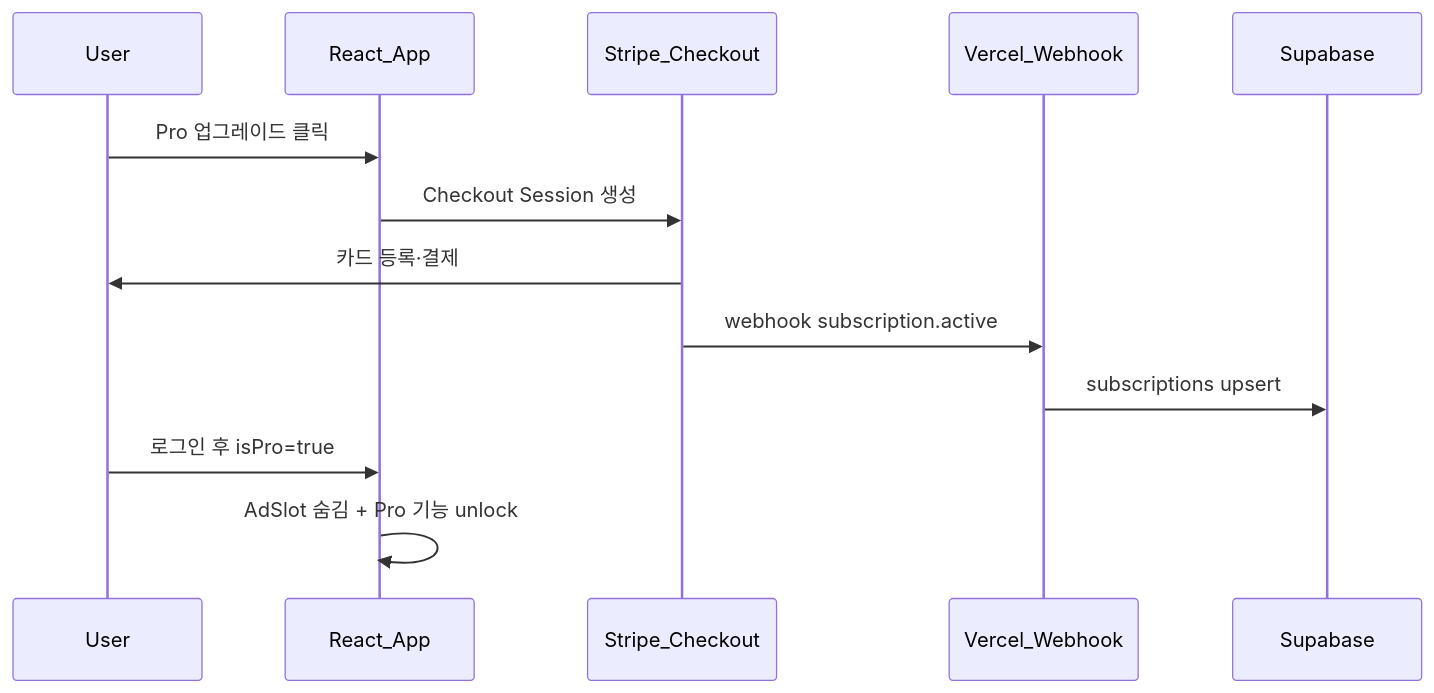
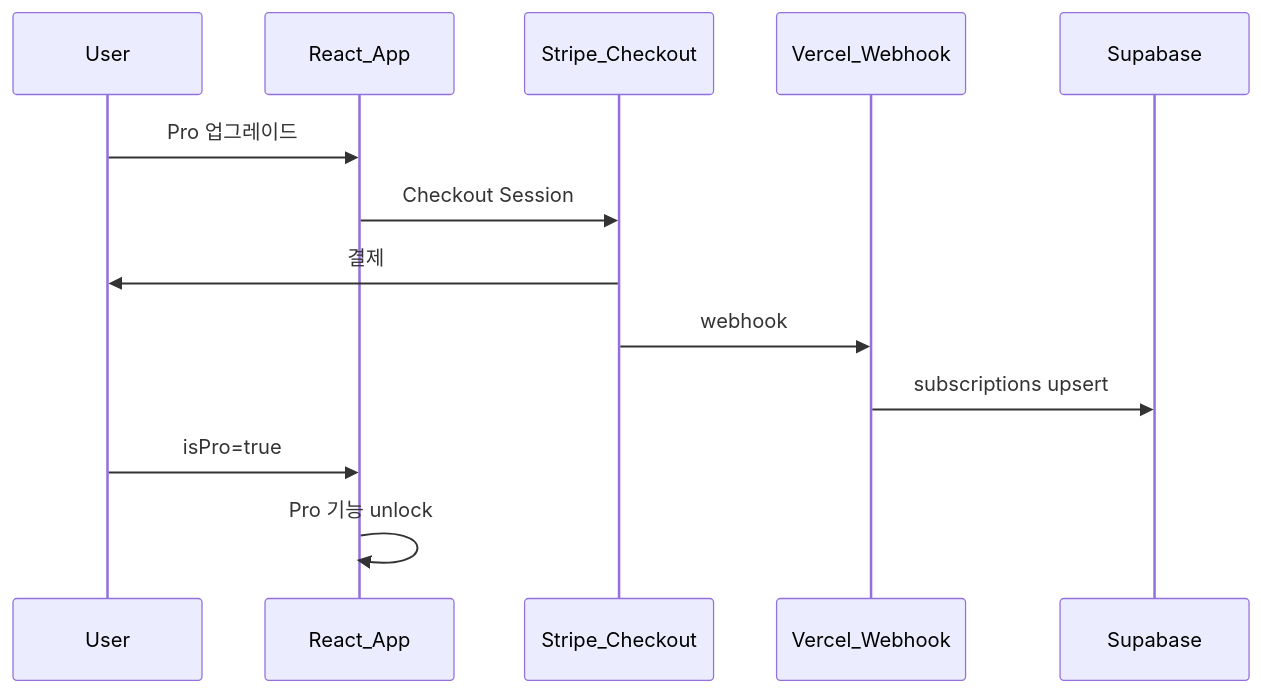
The diagram in docs/premium/implementation.md (20233008-KGM/lvclac), drawn with Mermaid before and after one commit. The commit also changed other lines of this file and 50 other files, not shown here.

````diff
--- a/docs/premium/implementation.md
+++ b/docs/premium/implementation.md
@@ -5,16 +7,16 @@
 ```mermaid
 sequenceDiagram
     participant User
     participant App as React_App
     participant Stripe as Stripe_Checkout
     participant WH as Vercel_Webhook
     participant DB as Supabase
 
-    User->>App: Pro 업그레이드 클릭
-    App->>Stripe: Checkout Session 생성
-    Stripe->>User: 카드 등록·결제
-    Stripe->>WH: webhook subscription.active
+    User->>App: Pro 업그레이드
+    App->>Stripe: Checkout Session
+    Stripe->>User: 결제
+    Stripe->>WH: webhook
     WH->>DB: subscriptions upsert
-    User->>App: 로그인 후 isPro=true
-    App->>App: AdSlot 숨김 + Pro 기능 unlock
+    User->>App: isPro=true
+    App->>App: Pro 기능 unlock
 ```
````
